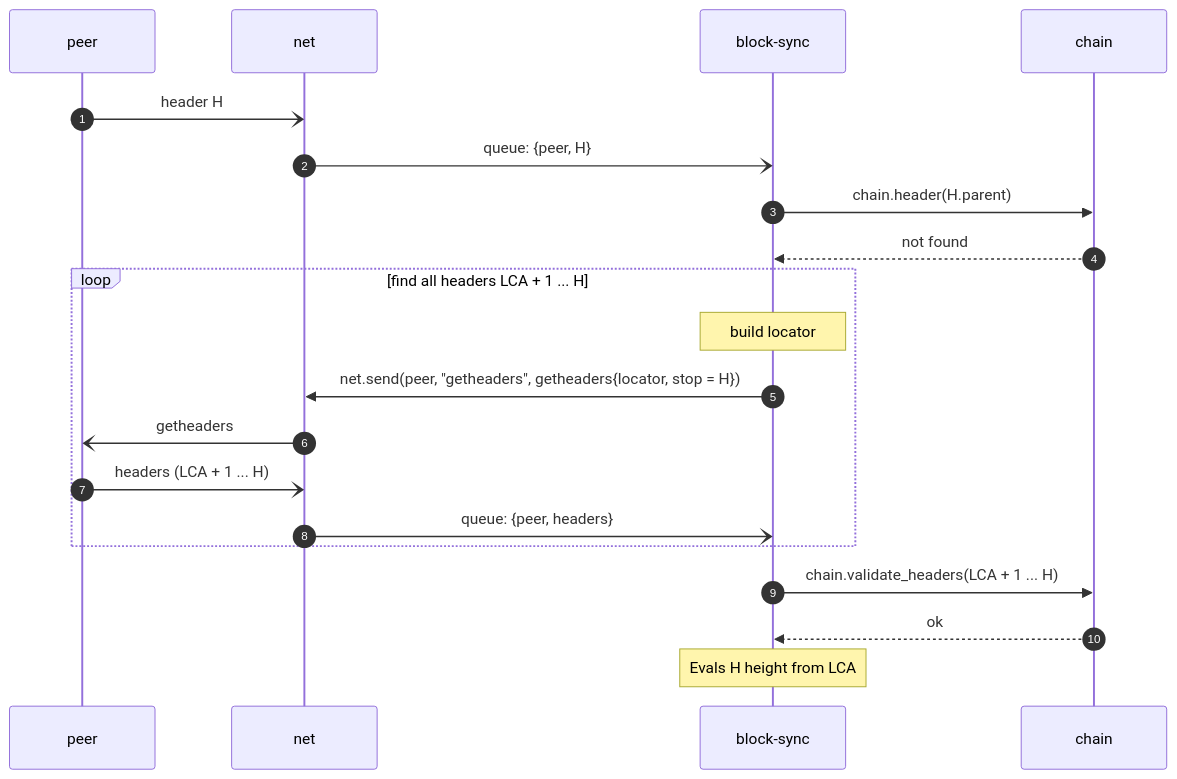
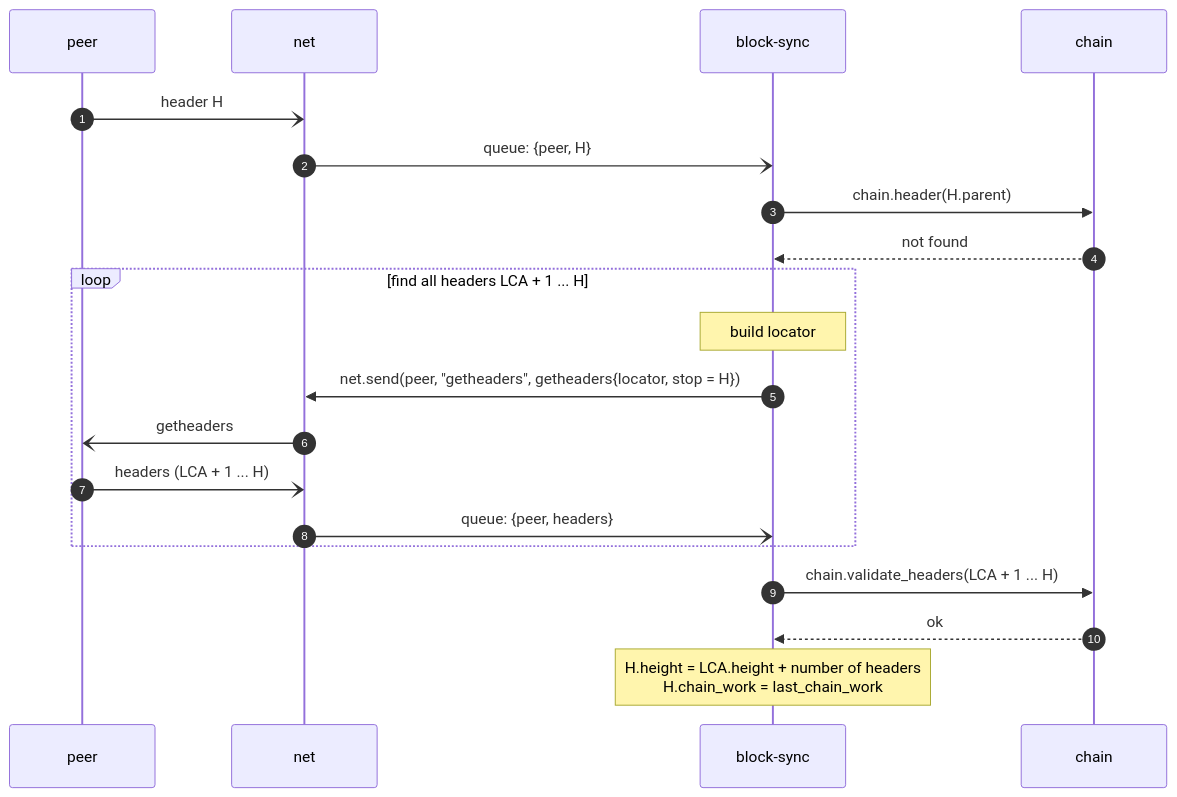
Before and after one commit to RustBTCD/btcd: the second of 3 diagrams in docs/flows/mode-standard.md, drawn with Mermaid. The commit also changed other lines of this file and 3 other files, not shown here.

Commit message:
Updated: decision on reorg based on chain work instead of height

````diff
--- a/docs/flows/mode-standard.md
+++ b/docs/flows/mode-standard.md
@@ -87,22 +87,22 @@
 ```mermaid
 sequenceDiagram
     autonumber
     participant P as peer
     participant N as net
     participant BS as block-sync
     participant C as chain
     P -) N: header H
     N -) BS: queue: {peer, H}
     BS ->> C: chain.header(H.parent)
     C -->> BS: not found
     loop find all headers LCA + 1 ... H
         Note over BS: build locator
         BS ->> N: net.send(peer, "getheaders", getheaders{locator, stop = H})
         N -) P: getheaders
         P -) N: headers (LCA + 1 ... H)
         N -) BS: queue: {peer, headers}
     end
     BS ->> C: chain.validate_headers(LCA + 1 ... H)
     C -->> BS: ok
-    Note over BS: Evals H height from LCA
+    Note over BS: H.height = LCA.height + number of headers<br/> H.chain_work = last_chain_work
 ```
````
